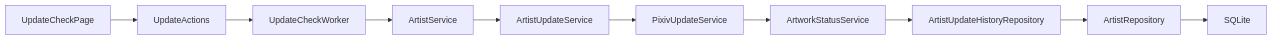
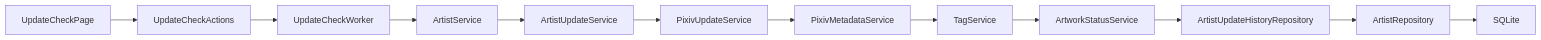
Before and after one commit to PKT0623/PixivLocalManager: the ninth of 23 diagrams in docs/07_ARCHITECTURE.md, drawn with Mermaid. The commit also changed other lines of this file and 10 other files, not shown here.

````diff
--- a/docs/07_ARCHITECTURE.md
+++ b/docs/07_ARCHITECTURE.md
@@ -423,14 +512,16 @@
 ```mermaid
 flowchart LR
 
 UpdateCheckPage
---> UpdateActions
+--> UpdateCheckActions
 --> UpdateCheckWorker
 --> ArtistService
 --> ArtistUpdateService
 --> PixivUpdateService
+--> PixivMetadataService
+--> TagService
 --> ArtworkStatusService
 --> ArtistUpdateHistoryRepository
 --> ArtistRepository
 --> SQLite
 ```
````
